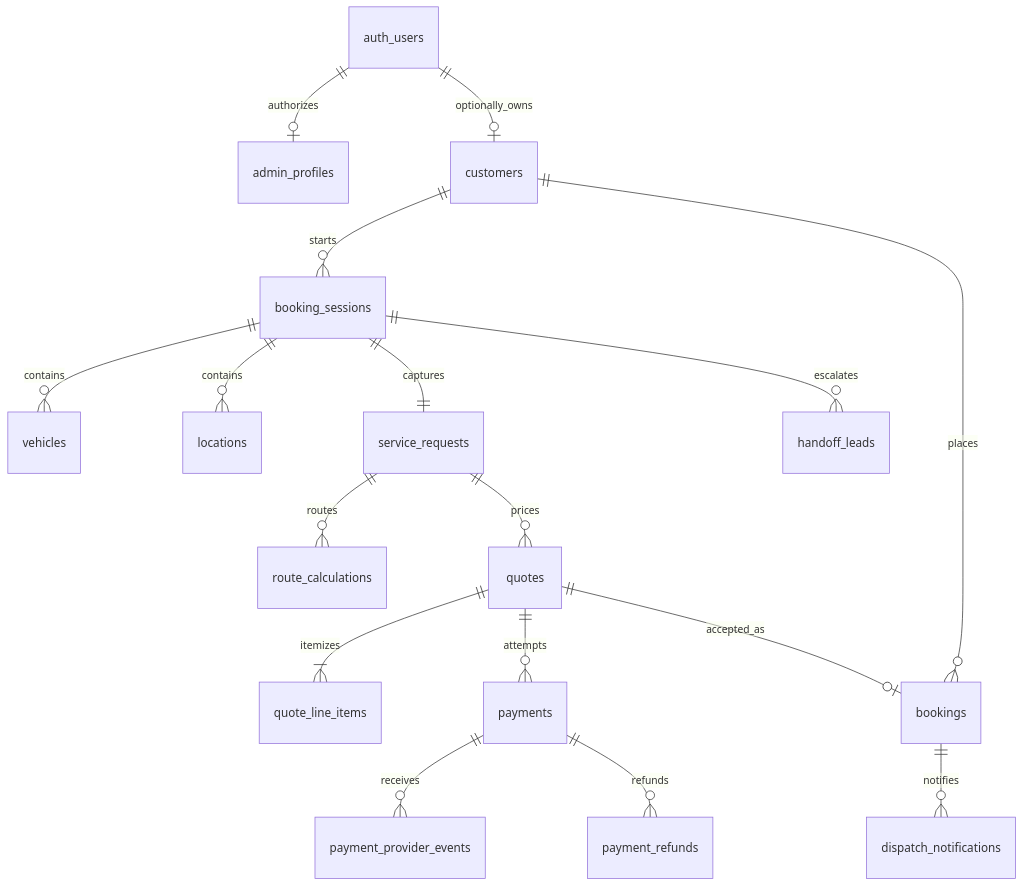
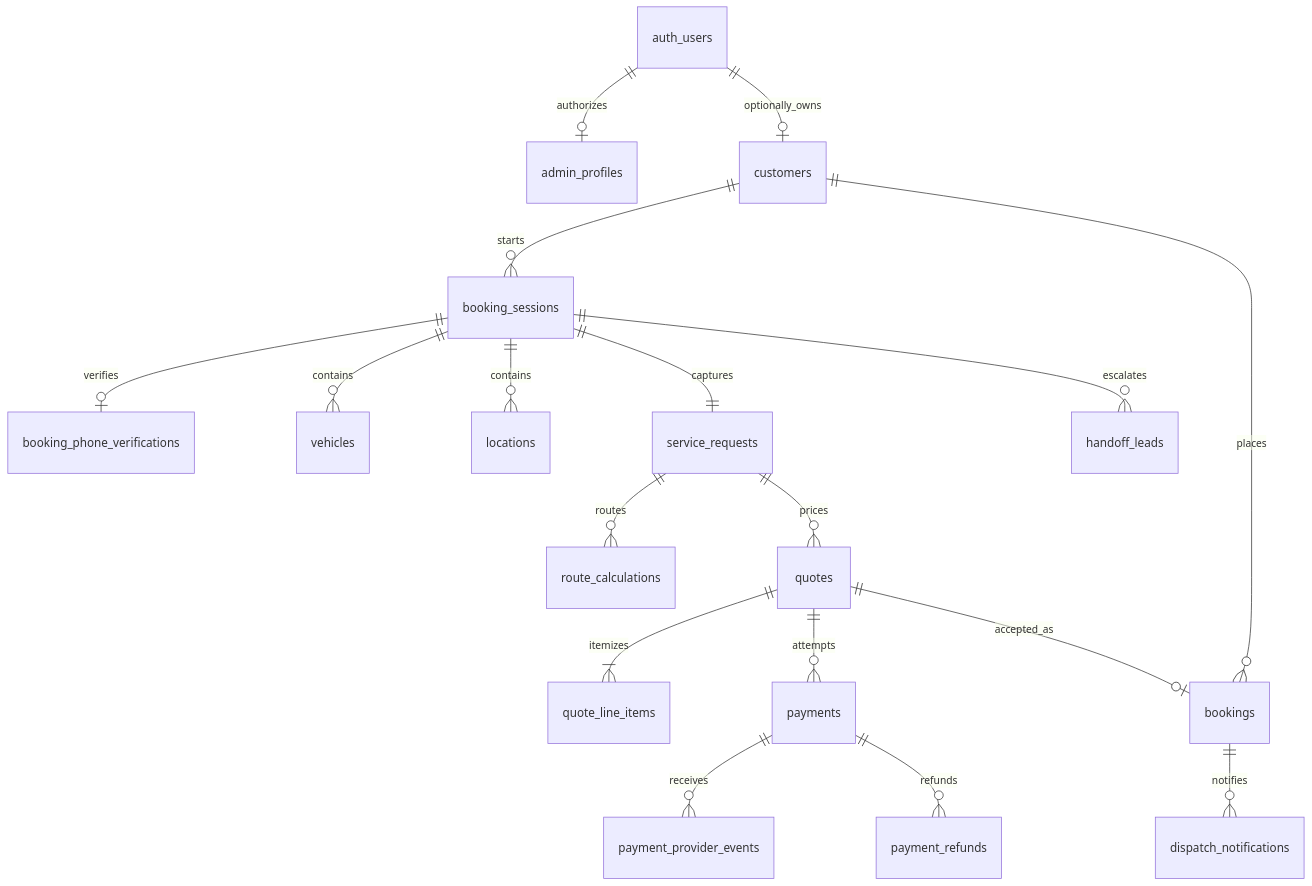
One commit to 24hours-group/Quote-app changed the diagram in supabase/DATABASE.md. Above: the diagram before and after it, drawn with Mermaid. The commit also changed other lines of this file and 289 other files, not shown here.

````diff
--- a/supabase/DATABASE.md
+++ b/supabase/DATABASE.md
@@ -11,19 +11,20 @@
 ```mermaid
 erDiagram
   auth_users ||--o| admin_profiles : authorizes
   auth_users ||--o| customers : optionally_owns
   customers ||--o{ booking_sessions : starts
+  booking_sessions ||--o| booking_phone_verifications : verifies
   booking_sessions ||--o{ vehicles : contains
   booking_sessions ||--o{ locations : contains
   booking_sessions ||--|| service_requests : captures
   service_requests ||--o{ route_calculations : routes
   service_requests ||--o{ quotes : prices
   quotes ||--|{ quote_line_items : itemizes
   quotes ||--o{ payments : attempts
   payments ||--o{ payment_provider_events : receives
   payments ||--o{ payment_refunds : refunds
   customers ||--o{ bookings : places
   quotes ||--o| bookings : accepted_as
   bookings ||--o{ dispatch_notifications : notifies
   booking_sessions ||--o{ handoff_leads : escalates
 ```
````
